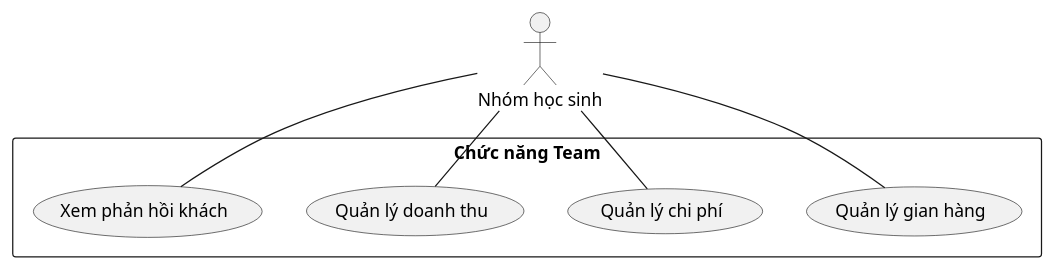
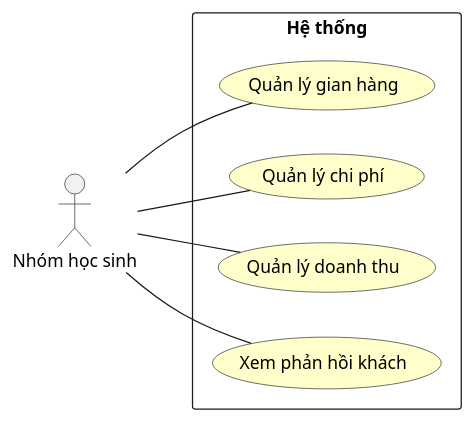
Before and after one commit to DavidSatoh/CNPM-school-food-festivals: the fifth of 8 diagrams in README.md, drawn with PlantUML. The commit also changed other lines of this file, not shown here.

````diff
--- a/README.md
+++ b/README.md
@@ -330,17 +343,29 @@
 ```plantuml
-@startuml
+@startuml "Biểu đồ Use Case chức năng Team"
+
+skinparam usecase {
+    BackgroundColor BUSINESS
+}
+
+skinparam note {
+    BackgroundColor LightSkyBlue
+}
+
+left to right direction
+
 actor "Nhóm học sinh" as Team
 
-rectangle "Chức năng Team" {
-  usecase "Quản lý gian hàng" as UC1
-  usecase "Quản lý chi phí" as UC2
-  usecase "Quản lý doanh thu" as UC3
-  usecase "Xem phản hồi khách" as UC4
+rectangle "Hệ thống" {
+    usecase "Quản lý gian hàng" as ManageBooth
+    usecase "Quản lý chi phí" as ManageCost
+    usecase "Quản lý doanh thu" as ManageRevenue
+    usecase "Xem phản hồi khách" as ViewFeedback
 }
 
-Team -- UC1
-Team -- UC2
-Team -- UC3
-Team -- UC4
+Team -- ManageBooth
+Team -- ManageCost
+Team -- ManageRevenue
+Team -- ViewFeedback
+
 @enduml
 ```
````
